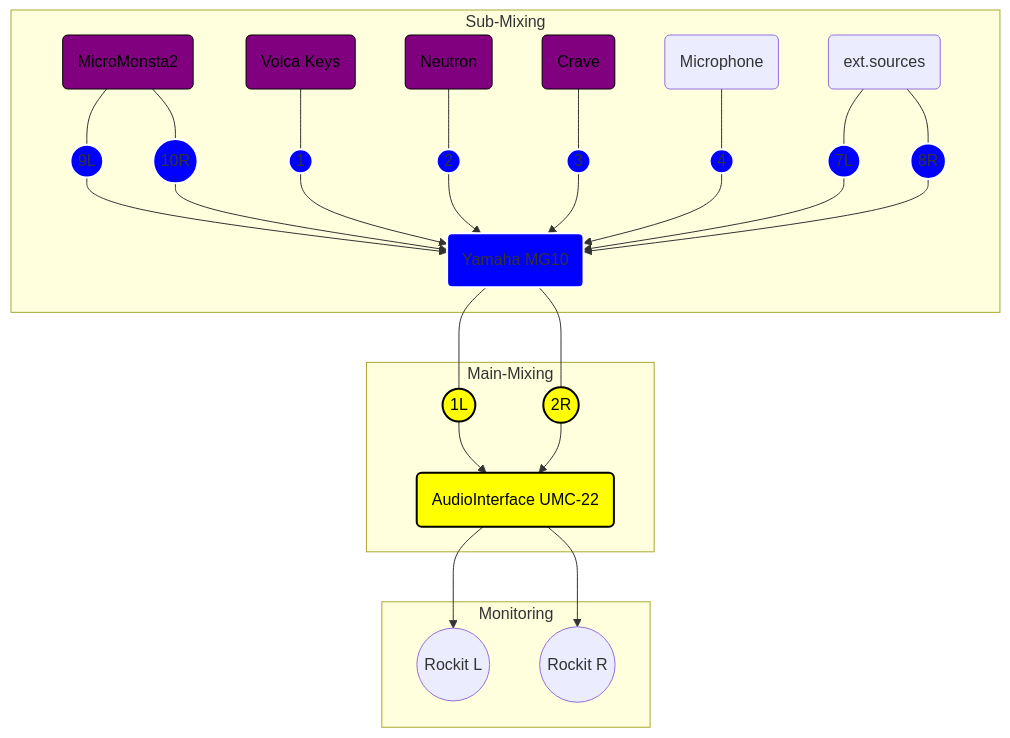
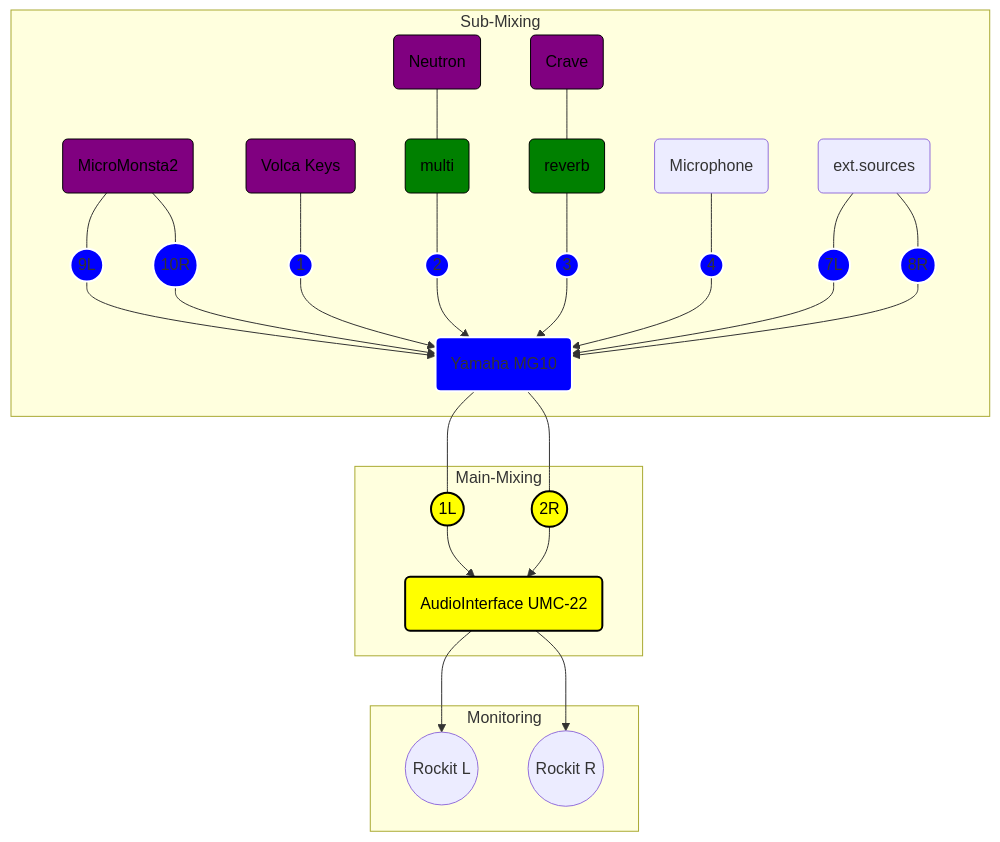
The diagram in audio-routing.md (toraudio/studiosetup), drawn with Mermaid before and after one commit.

````diff
--- a/audio-routing.md
+++ b/audio-routing.md
@@ -3,24 +3,25 @@
 ```mermaid
 graph TD;
 classDef mixerclass fill:blue,stroke:white,stroke-width:2px;
 classDef synthclass fill:purple,stroke:black,stroke-width:1px,color:black;
 classDef soundclass fill:yellow,stroke:black,stroke-width:2px,color:black;
+classDef fxclass fill:green,stroke:black,stroke-width:1px,color:black;
 subgraph Sub-Mixing
 B(MicroMonsta2):::synthclass --- slotm9((9L)):::mixerclass --> A(Yamaha MG10);
 B(MicroMonsta2) --- slotm10((10R)):::mixerclass --> A(Yamaha MG10);
 C(Volca Keys):::synthclass --- slotm1((1)):::mixerclass --> A(Yamaha MG10);
-D(Neutron):::synthclass --- slotm2((2)):::mixerclass --> A(Yamaha MG10);
-E(Crave):::synthclass --- slotm3((3)):::mixerclass --> A(Yamaha MG10);
+D(Neutron):::synthclass --- fx2(multi):::fxclass --- slotm2((2)):::mixerclass --> A(Yamaha MG10);
+E(Crave):::synthclass --- fx1(reverb):::fxclass --- slotm3((3)):::mixerclass --> A(Yamaha MG10);
 F(Microphone) --- slotm4((4)):::mixerclass --> A(Yamaha MG10);
 G(ext.sources) --- slotm7((7L)):::mixerclass --> A(Yamaha MG10);
 G(ext.sources) --- slotm8((8R)):::mixerclass --> A(Yamaha MG10);
 end
 subgraph Main-Mixing
 A(Yamaha MG10):::mixerclass --- slot1((1L)):::soundclass --> Z(AudioInterface UMC-22):::soundclass;
 A(Yamaha MG10) --- slot2((2R)):::soundclass --> Z(AudioInterface UMC-22);
 end
 subgraph Monitoring
 Z(AudioInterface UMC-22) --> mon1((Rockit L));
 Z(AudioInterface UMC-22) --> mon2((Rockit R));
 end
 ``` 
````
